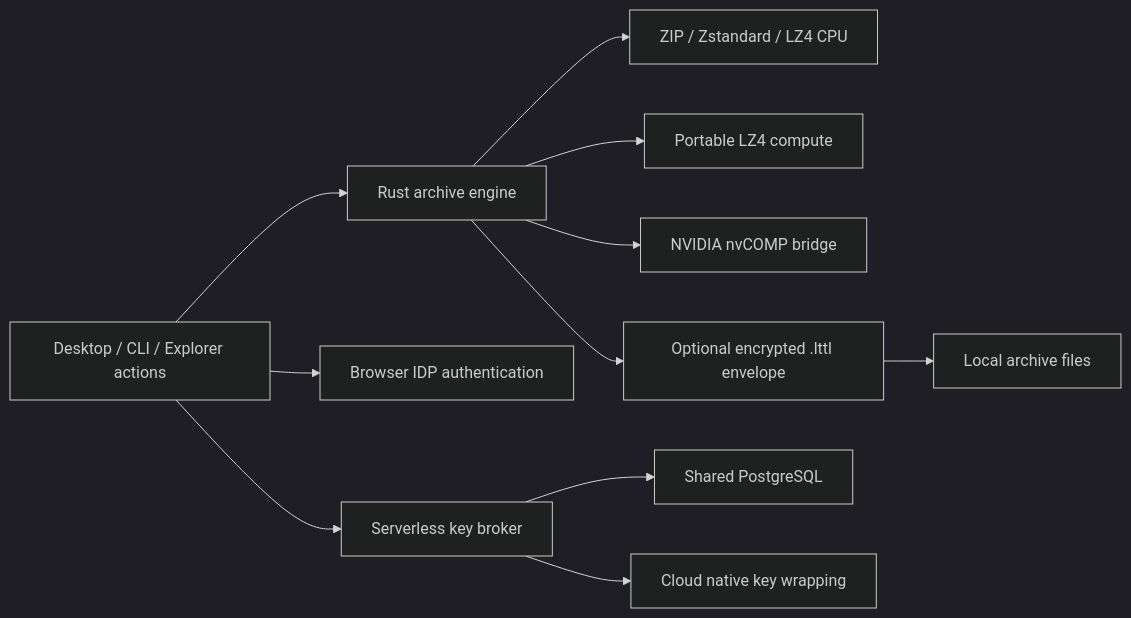
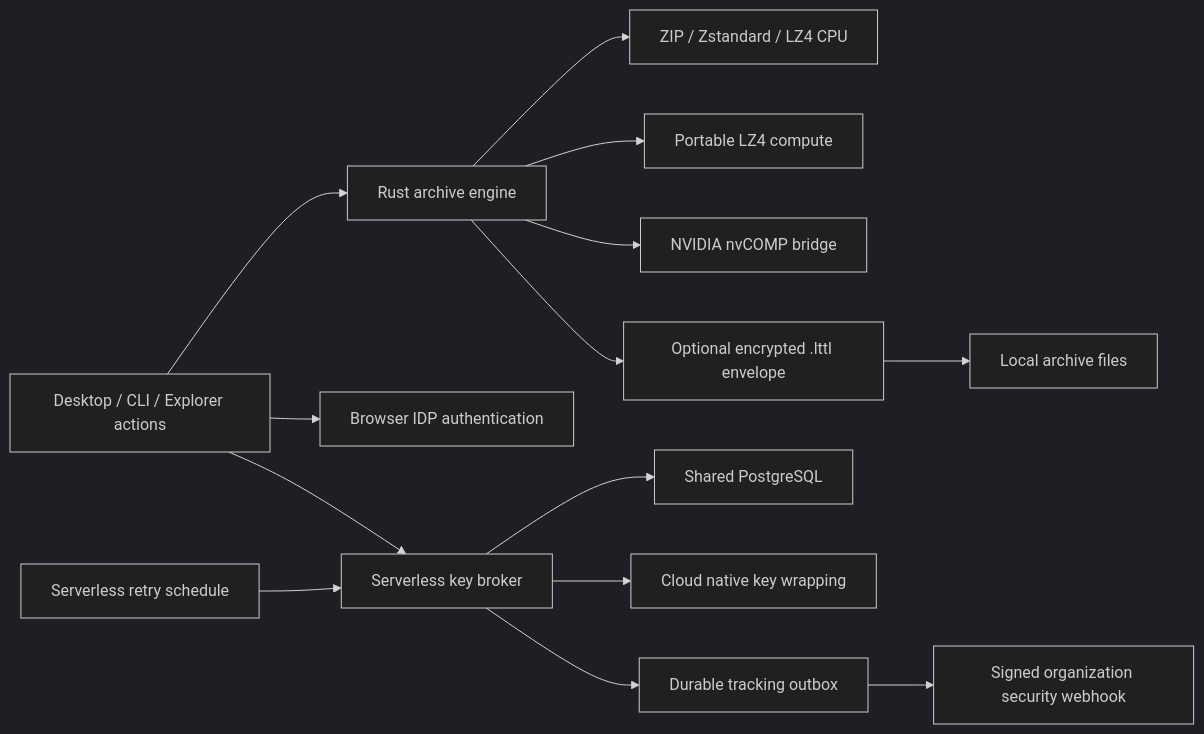
Before and after one commit to zeniazenin/lttl-archive: the diagram in docs/architecture.md, drawn with Mermaid (dark theme). The commit also changed other lines of this file and 5 other files, not shown here.

````diff
--- a/docs/architecture.md
+++ b/docs/architecture.md
@@ -5,13 +5,16 @@
 ```mermaid
 flowchart LR
     UI[Desktop / CLI / Explorer actions] --> Engine[Rust archive engine]
     Engine --> CPU[ZIP / Zstandard / LZ4 CPU]
     Engine --> WGPU[Portable LZ4 compute]
     Engine --> NV[NVIDIA nvCOMP bridge]
     Engine --> Envelope[Optional encrypted .lttl envelope]
     Envelope --> Disk[Local archive files]
     UI --> IDP[Browser IDP authentication]
     UI --> Broker[Serverless key broker]
     Broker --> DB[Shared PostgreSQL]
     Broker --> KMS[Cloud native key wrapping]
+    Broker --> Outbox[Durable tracking outbox]
+    Scheduler[Serverless retry schedule] --> Broker
+    Outbox --> Security[Signed organization security webhook]
 ```
````
